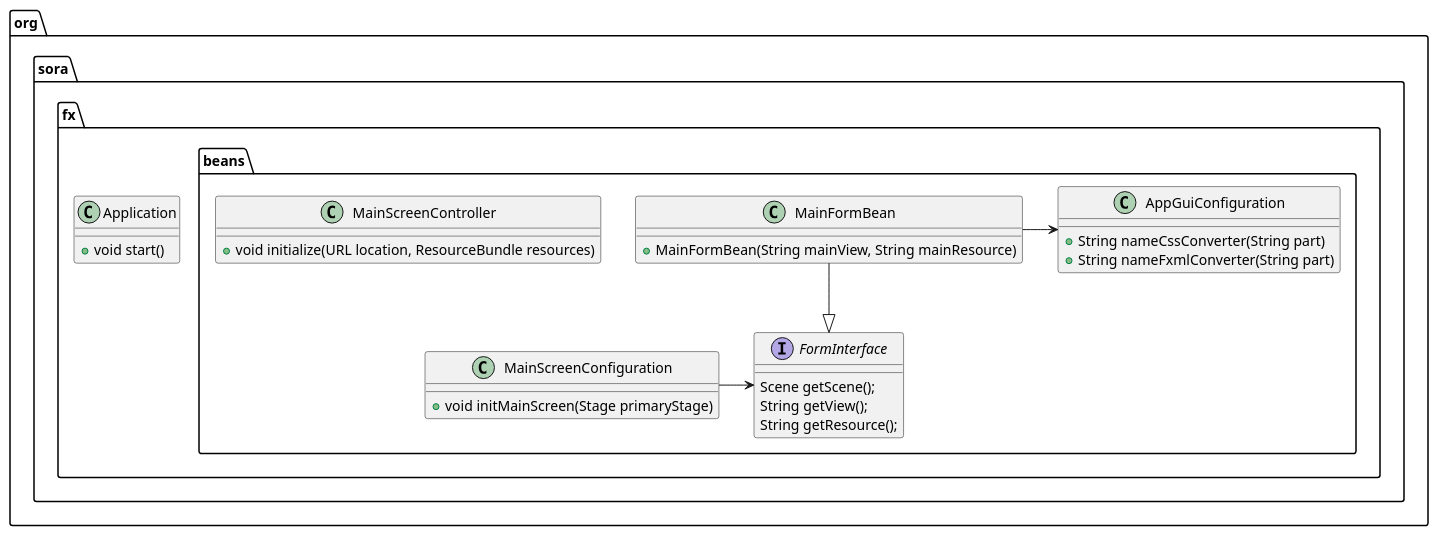
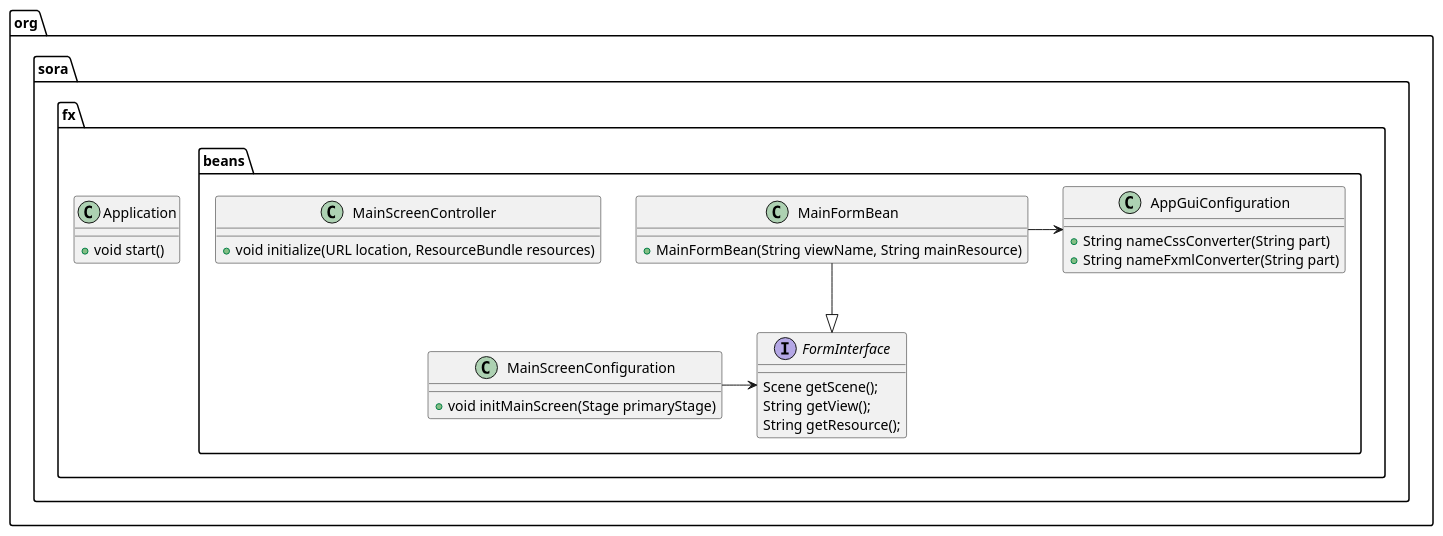
The diagram in fx_gui.puml (Sergerg/sora2), drawn with PlantUML before and after one commit. The commit also changed 9 other files, not shown here.

```diff
--- a/fx_gui.puml
+++ b/fx_gui.puml
@@ -1,40 +1,40 @@
 @startuml
 
 package org.sora.fx {
  class Application {
   +void start()
  }
 }
 
 package org.sora.fx.beans {
  class AppGuiConfiguration {
   +String nameCssConverter(String part)
   +String nameFxmlConverter(String part)
  }
 
  interface FormInterface {
   Scene getScene();
   String getView();
   String getResource();
  }
 
  class MainFormBean {
-  +MainFormBean(String mainView, String mainResource)
+  +MainFormBean(String viewName, String mainResource)
  }
 
  class MainScreenController {
   +void initialize(URL location, ResourceBundle resources)
  }
 
  class MainScreenConfiguration {
   +void initMainScreen(Stage primaryStage)
  }
 }
 
 MainFormBean -down-|> FormInterface
 
 MainFormBean -> AppGuiConfiguration
 
 MainScreenConfiguration -> FormInterface
 
 @enduml
```
